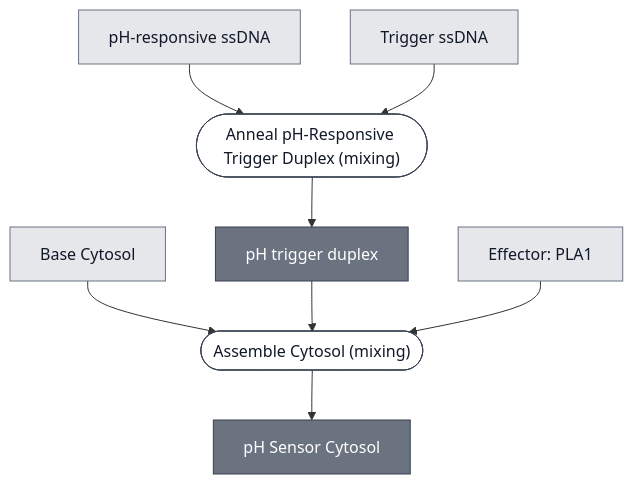
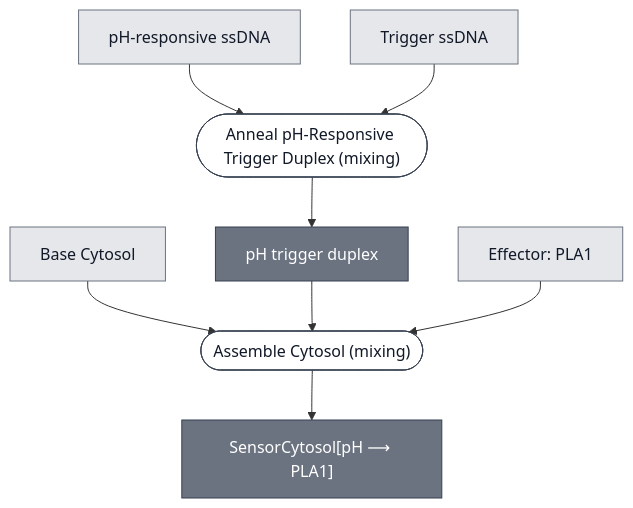
Before and after one commit to nucleus-eng/nucleus-docs: the diagram in docs/modules/ph-sensor-cytosol/spec.md, drawn with Mermaid. The commit also changed other lines of this file and 47 other files, not shown here.

````diff
--- a/docs/modules/ph-sensor-cytosol/spec.md
+++ b/docs/modules/ph-sensor-cytosol/spec.md
@@ -31,36 +31,36 @@
 ```mermaid
 flowchart TD
     BASE_CYTOSOL["Base Cytosol"]
     PH_RESPONSIVE_SSDNA["pH-responsive ssDNA"]
     TRIGGER_SSDNA["Trigger ssDNA"]
     EFFECTOR_PLA1["Effector: PLA1"]
 
     P1_ANNEAL_TRIGGER_DUPLEX_0(["Anneal pH-Responsive Trigger Duplex (mixing)"])
     PH_TRIGGER_DUPLEX["pH trigger duplex"]
     P2_ASSEMBLE_CYTOSOL_0(["Assemble Cytosol (mixing)"])
-    PH_SENSOR_CYTOSOL["pH Sensor Cytosol"]
+    PH_SENSOR_CYTOSOL["SensorCytosol[pH ⟶ PLA1]"]
 
     PH_RESPONSIVE_SSDNA --> P1_ANNEAL_TRIGGER_DUPLEX_0
     TRIGGER_SSDNA --> P1_ANNEAL_TRIGGER_DUPLEX_0
     P1_ANNEAL_TRIGGER_DUPLEX_0 --> PH_TRIGGER_DUPLEX
 
     BASE_CYTOSOL --> P2_ASSEMBLE_CYTOSOL_0
     PH_TRIGGER_DUPLEX --> P2_ASSEMBLE_CYTOSOL_0
     EFFECTOR_PLA1 --> P2_ASSEMBLE_CYTOSOL_0
     P2_ASSEMBLE_CYTOSOL_0 --> PH_SENSOR_CYTOSOL
 
 
     classDef leaf     fill:#e5e7eb,stroke:#6b7280,color:#111827;
     classDef composed fill:#6b7280,stroke:#374151,color:#ffffff;
     classDef process  fill:#ffffff,stroke:#374151,color:#111827;
     class BASE_CYTOSOL,PH_RESPONSIVE_SSDNA,TRIGGER_SSDNA,EFFECTOR_PLA1 leaf;
     class PH_TRIGGER_DUPLEX,PH_SENSOR_CYTOSOL composed;
     class P1_ANNEAL_TRIGGER_DUPLEX_0,P2_ASSEMBLE_CYTOSOL_0 process;
 
     click BASE_CYTOSOL "/docs/modules/base-cytosol/spec"
     click EFFECTOR_PLA1 "/docs/modules/effector-pla1/spec"
     click P1_ANNEAL_TRIGGER_DUPLEX_0 "/docs/processes/anneal-ph-trigger-duplex/main"
     click PH_TRIGGER_DUPLEX "/docs/modules/detector-ph/spec"
     click P2_ASSEMBLE_CYTOSOL_0 "/docs/processes/assemble-cytosol/assemble-cytosol-main"
     click PH_SENSOR_CYTOSOL "/docs/modules/ph-sensor-cytosol/spec"
 ```
````
